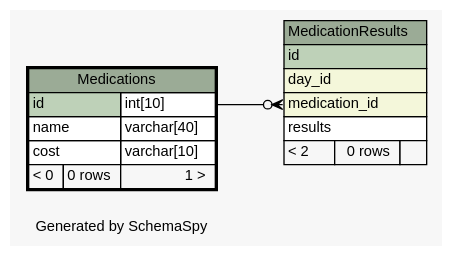
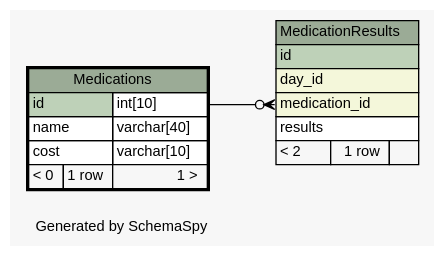
Before and after one commit to carrel2/CaseStudies: the diagram in web/files/schema/diagrams/Medications.1degree.dot, drawn with Graphviz. The commit also changed 58 other files, not shown here.

Commit message:
Start to update controllers to use new database schema.

```diff
--- a/web/files/schema/diagrams/Medications.1degree.dot
+++ b/web/files/schema/diagrams/Medications.1degree.dot
@@ -1,48 +1,48 @@
 // dot 2.38.0 on Linux 4.4.0-62-generic
 // SchemaSpy rev 590
 digraph "oneDegreeRelationshipsDiagram" {
   graph [
     rankdir="RL"
     bgcolor="#f7f7f7"
     label="\nGenerated by SchemaSpy"
     labeljust="l"
     nodesep="0.18"
     ranksep="0.46"
     fontname="Helvetica"
     fontsize="11"
   ];
   node [
     fontname="Helvetica"
     fontsize="11"
     shape="plaintext"
   ];
   edge [
     arrowsize="0.8"
   ];
   "MedicationResults":"medication_id":w -> "Medications":"id.type":e [arrowhead=none dir=back arrowtail=crowodot];
   "MedicationResults" [
     label=<
     <TABLE BORDER="0" CELLBORDER="1" CELLSPACING="0" BGCOLOR="#ffffff">
       <TR><TD COLSPAN="3" BGCOLOR="#9bab96" ALIGN="CENTER">MedicationResults</TD></TR>
       <TR><TD PORT="id" COLSPAN="3" BGCOLOR="#bed1b8" ALIGN="LEFT">id</TD></TR>
       <TR><TD PORT="day_id" COLSPAN="3" BGCOLOR="#f4f7da" ALIGN="LEFT">day_id</TD></TR>
       <TR><TD PORT="medication_id" COLSPAN="3" BGCOLOR="#f4f7da" ALIGN="LEFT">medication_id</TD></TR>
       <TR><TD PORT="results" COLSPAN="3" ALIGN="LEFT">results</TD></TR>
-      <TR><TD ALIGN="LEFT" BGCOLOR="#f7f7f7">&lt; 2</TD><TD ALIGN="RIGHT" BGCOLOR="#f7f7f7">0 rows</TD><TD ALIGN="RIGHT" BGCOLOR="#f7f7f7">  </TD></TR>
+      <TR><TD ALIGN="LEFT" BGCOLOR="#f7f7f7">&lt; 2</TD><TD ALIGN="RIGHT" BGCOLOR="#f7f7f7">1 row</TD><TD ALIGN="RIGHT" BGCOLOR="#f7f7f7">  </TD></TR>
     </TABLE>>
     URL="MedicationResults.html"
     tooltip="MedicationResults"
   ];
   "Medications" [
     label=<
     <TABLE BORDER="2" CELLBORDER="1" CELLSPACING="0" BGCOLOR="#ffffff">
       <TR><TD COLSPAN="3" BGCOLOR="#9bab96" ALIGN="CENTER">Medications</TD></TR>
       <TR><TD PORT="id" COLSPAN="2" BGCOLOR="#bed1b8" ALIGN="LEFT">id</TD><TD PORT="id.type" ALIGN="LEFT">int[10]</TD></TR>
       <TR><TD PORT="name" COLSPAN="2" ALIGN="LEFT">name</TD><TD PORT="name.type" ALIGN="LEFT">varchar[40]</TD></TR>
       <TR><TD PORT="cost" COLSPAN="2" ALIGN="LEFT">cost</TD><TD PORT="cost.type" ALIGN="LEFT">varchar[10]</TD></TR>
-      <TR><TD ALIGN="LEFT" BGCOLOR="#f7f7f7">&lt; 0</TD><TD ALIGN="RIGHT" BGCOLOR="#f7f7f7">0 rows</TD><TD ALIGN="RIGHT" BGCOLOR="#f7f7f7">1 &gt;</TD></TR>
+      <TR><TD ALIGN="LEFT" BGCOLOR="#f7f7f7">&lt; 0</TD><TD ALIGN="RIGHT" BGCOLOR="#f7f7f7">1 row</TD><TD ALIGN="RIGHT" BGCOLOR="#f7f7f7">1 &gt;</TD></TR>
     </TABLE>>
     URL="Medications.html"
     tooltip="Medications"
   ];
 }
```
